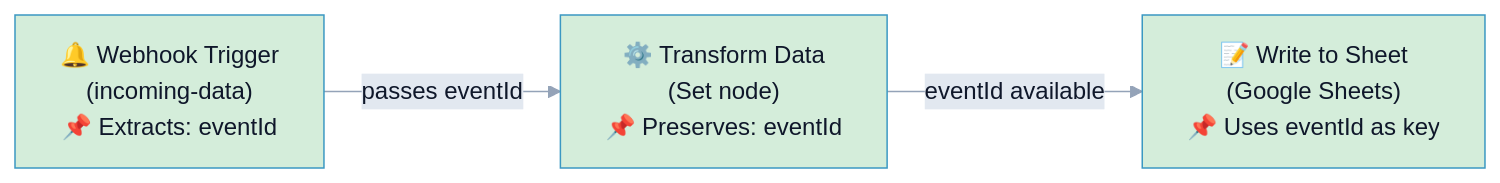
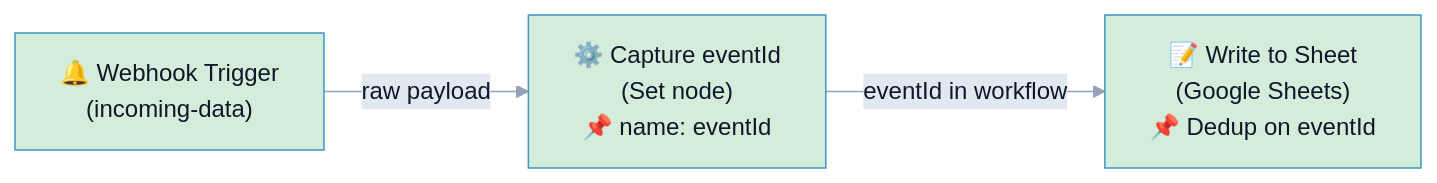
The second of 3 diagrams in R3/README.md (Replikanti/flowlint-examples), drawn with Mermaid before and after one commit. The commit also changed other lines of this file and 1 other file, not shown here.

First line of the commit message:
docs(flowlint-examples/R3): add practical fix guide and simplify examples

````diff
--- a/R3/README.md
+++ b/R3/README.md
@@ -86,10 +134,10 @@
 ```mermaid
 %%{init: { "theme": "base", "themeVariables": { "primaryColor": "#38bdf8", "secondaryColor": "#22c55e", "tertiaryColor": "#e2e8f0", "primaryTextColor": "#0f172a", "lineColor": "#94a3b8", "edgeLabelBackground": "#e2e8f0", "background": "transparent" } } }%%
 graph LR
-    A["🔔 Webhook Trigger<br/>(incoming-data)<br/>📌 Extracts: eventId"] -->|passes eventId| B["⚙️ Transform Data<br/>(Set node)<br/>📌 Preserves: eventId"]
-    B -->|eventId available| C["📝 Write to Sheet<br/>(Google Sheets)<br/>📌 Uses eventId as key"]
+    A["🔔 Webhook Trigger<br/>(incoming-data)"] -->|raw payload| B["⚙️ Capture eventId<br/>(Set node)<br/>📌 name: eventId"]
+    B -->|eventId in workflow| C["📝 Write to Sheet<br/>(Google Sheets)<br/>📌 Dedup on eventId"]
 
     style A fill:#d4edda
     style B fill:#d4edda
     style C fill:#d4edda
 ```
````
